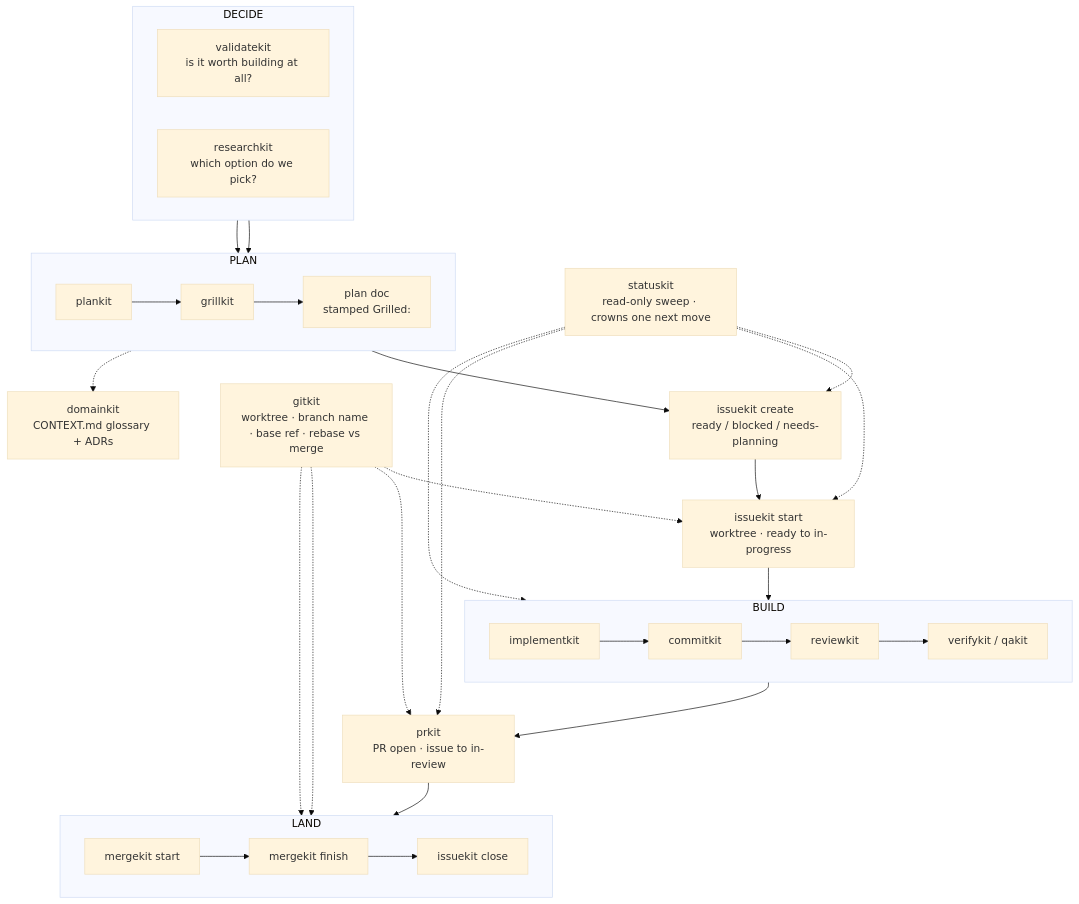
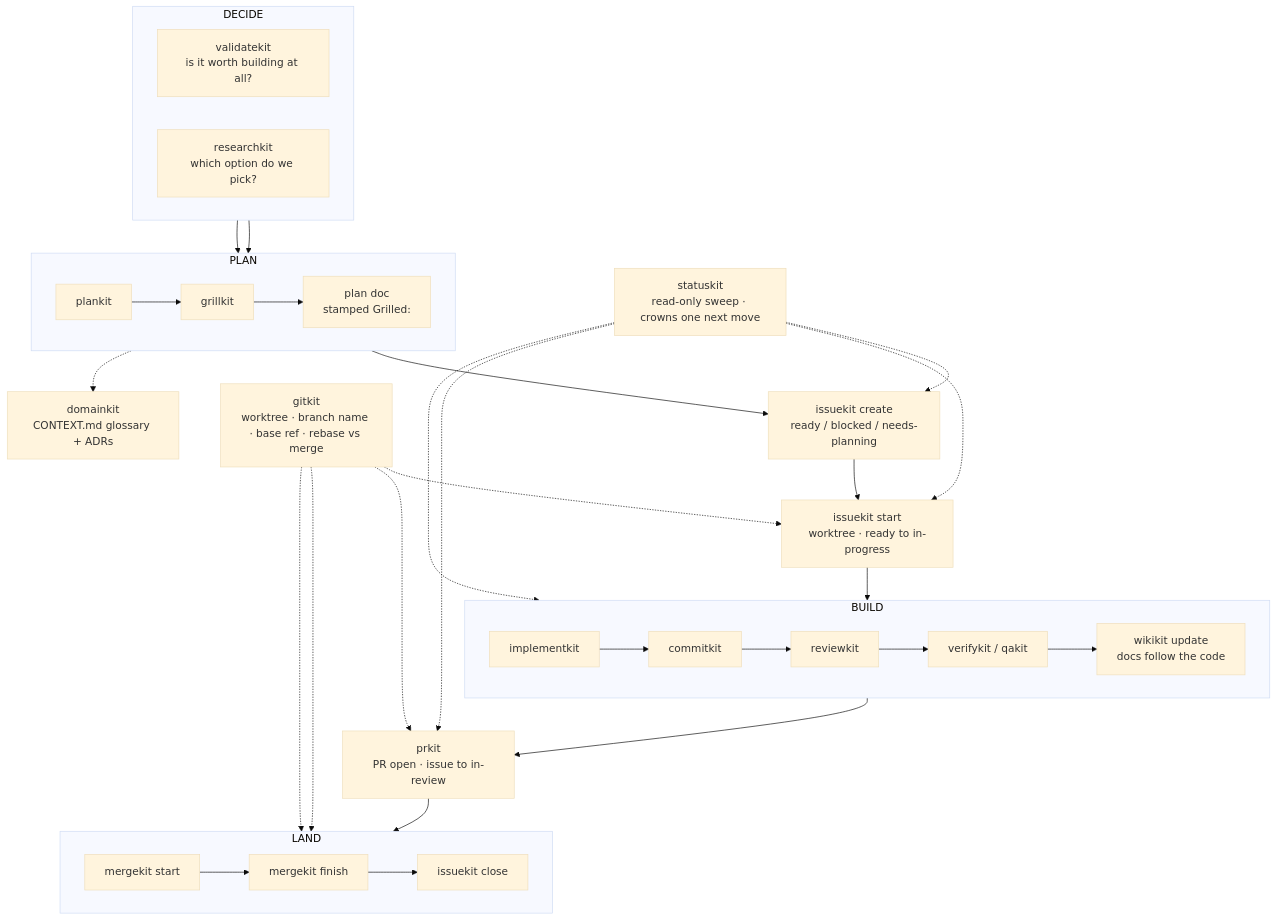
One commit to mimukit/skills changed the diagram in WORKFLOW.md. Above: the diagram before and after it, drawn with Mermaid (base theme). The commit also changed other lines of this file and 4 other files, not shown here.

````diff
--- a/WORKFLOW.md
+++ b/WORKFLOW.md
@@ -34,50 +34,50 @@
 ```mermaid
 flowchart TD
     ST["statuskit<br>read-only sweep · crowns one next move"]
 
     subgraph decide["DECIDE"]
         direction LR
         V["validatekit<br>is it worth building at all?"]
         R["researchkit<br>which option do we pick?"]
     end
 
     subgraph plan["PLAN"]
         direction LR
         P["plankit"] --> G["grillkit"] --> PD["plan doc<br>stamped Grilled:"]
     end
 
     F["issuekit create<br>ready / blocked / needs-planning"]
     S["issuekit start<br>worktree · ready to in-progress"]
 
     subgraph build["BUILD"]
         direction LR
-        I["implementkit"] --> C["commitkit"] --> RV["reviewkit"] --> Q["verifykit / qakit"]
+        I["implementkit"] --> C["commitkit"] --> RV["reviewkit"] --> Q["verifykit / qakit"] --> W["wikikit update<br>docs follow the code"]
     end
 
     SH["prkit<br>PR open · issue to in-review"]
 
     subgraph land["LAND"]
         direction LR
         M1["mergekit start"] --> M2["mergekit finish"] --> M3["issuekit close"]
     end
 
     GK["gitkit<br>worktree · branch name · base ref · rebase vs merge"]
     DK["domainkit<br>CONTEXT.md glossary + ADRs"]
 
     V --> P
     R --> P
     PD --> F --> S --> I
-    Q --> SH --> M1
+    W --> SH --> M1
 
     ST -.-> F
     ST -.-> S
     ST -.-> I
     ST -.-> SH
 
     GK -.-> S
     GK -.-> SH
     GK -.-> M1
     GK -.-> M3
 
     G -.-> DK
 ```
````
